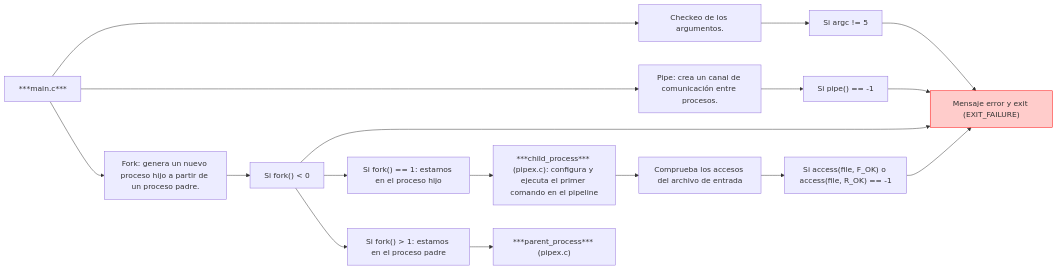
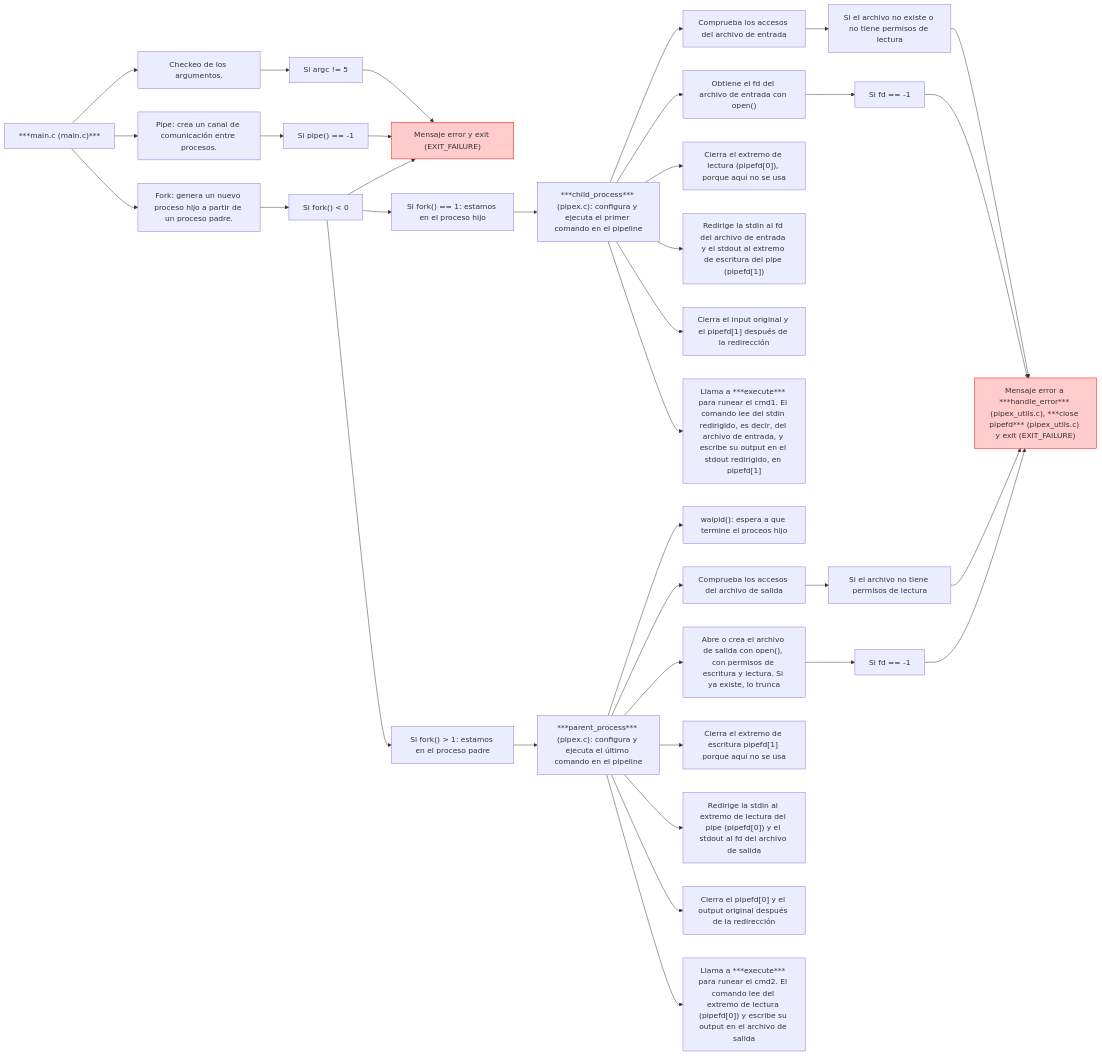
One commit to AnaMac3/42-pipex changed the first of 2 diagrams in README.md. Above: the diagram before and after it, drawn with Mermaid. The commit also changed other lines of this file, not shown here.

````diff
--- a/README.md
+++ b/README.md
@@ -234,21 +234,41 @@
 ```mermaid
 graph LR;
-    A["***main.c***"] --> B["Checkeo de los argumentos."];
+    A["***main.c (main.c)***"] --> B["Checkeo de los argumentos."];
     B --> C["Si argc != 5"];
     C --> D["Mensaje error y exit (EXIT_FAILURE)"];
     A --> E["Pipe: crea un canal de comunicación entre procesos."];
     E --> F["Si pipe() == -1"];
     F --> D;
     A --> G["Fork: genera un nuevo proceso hijo a partir de un proceso padre."];
     G --> H["Si fork() < 0"];
     H --> D;
     H --> I["Si fork() == 1: estamos en el proceso hijo"];
     I --> J["***child_process*** (pipex.c): configura y ejecuta el primer comando en el pipeline"];
     H --> K["Si fork() > 1: estamos en el proceso padre"];
-    K --> L["***parent_process*** (pipex.c)"];
+    K --> L["***parent_process*** (pipex.c): configura y ejecuta el último comando en el pipeline"];
     J --> M["Comprueba los accesos del archivo de entrada"];
-    M --> N["Si access(file, F_OK) o access(file, R_OK) == -1"];
-    N --> D;
+    M --> N["Si el archivo no existe o no tiene permisos de lectura"];
+    N --> Q["Mensaje error a ***handle_error*** (pipex_utils.c), ***close pipefd*** (pipex_utils.c) y exit (EXIT_FAILURE)"];
+    J --> O["Obtiene el fd del archivo de entrada con open()"];
+    O --> P["Si fd == -1"];
+    P --> Q;
+    J --> R["Cierra el extremo de lectura (pipefd[0]), porque aquí no se usa"];
+    J --> S["Redirige la stdin al fd del archivo de entrada y el stdout al extremo de escritura del pipe (pipefd[1])"];
+    J --> T["Cierra el input original y el pipefd[1] después de la redirección"];
+    J --> U["Llama a ***execute*** para runear el cmd1. El comando lee del stdin redirigido, es decir, del archivo de entrada, y escribe su output en el stdout redirigido, en pipefd[1]"];
+    L --> W["waipid(): espera a que termine el proceos hijo"];
+    L --> X["Abre o crea el archivo de salida con open(), con permisos de escritura y lectura. Si ya existe, lo trunca"];
+    L --> Y["Comprueba los accesos del archivo de salida"];
+    Y --> Z["Si el archivo no tiene permisos de lectura"];
+    Z --> Q;
+    X --> AA["Si fd == -1"];
+    AA --> Q;
+    L --> AB["Cierra el extremo de escritura pipefd[1] porque aquí no se usa"];
+    L --> AC["Redirige la stdin al extremo de lectura del pipe (pipefd[0]) y el stdout al fd del archivo de salida"];
+    L --> AD["Cierra el pipefd[0] y el output original después de la redirección"];
+    L --> AE["Llama a ***execute*** para runear el cmd2. El comando lee del extremo de lectura (pipefd[0]) y escribe su output en el archivo de salida"];
 
 style D fill:#ffcccb,stroke:#ff0000,stroke-width:1px
+style Q fill:#ffcccb,stroke:#ff0000,stroke-width:1px
+
 ```
````
